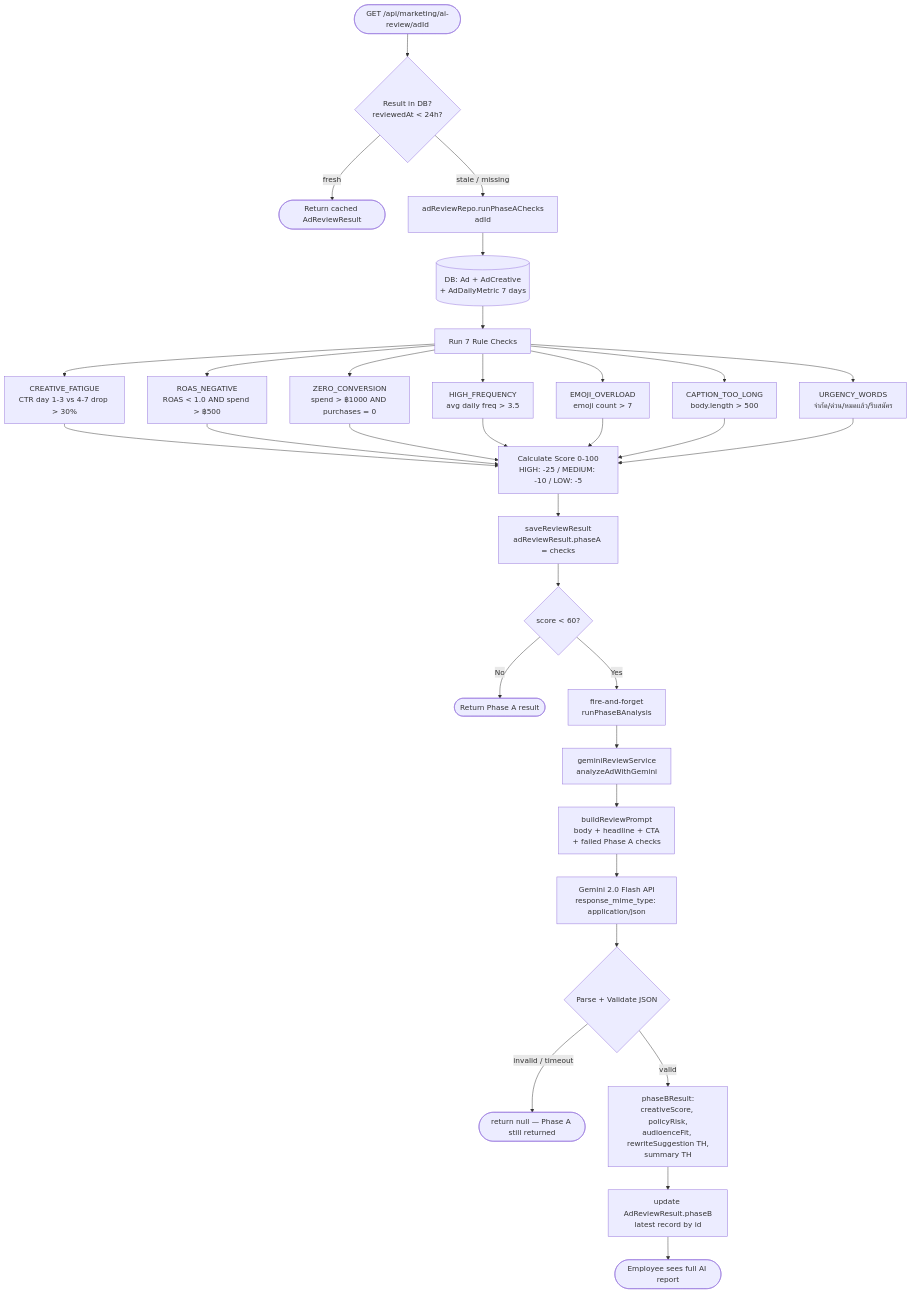
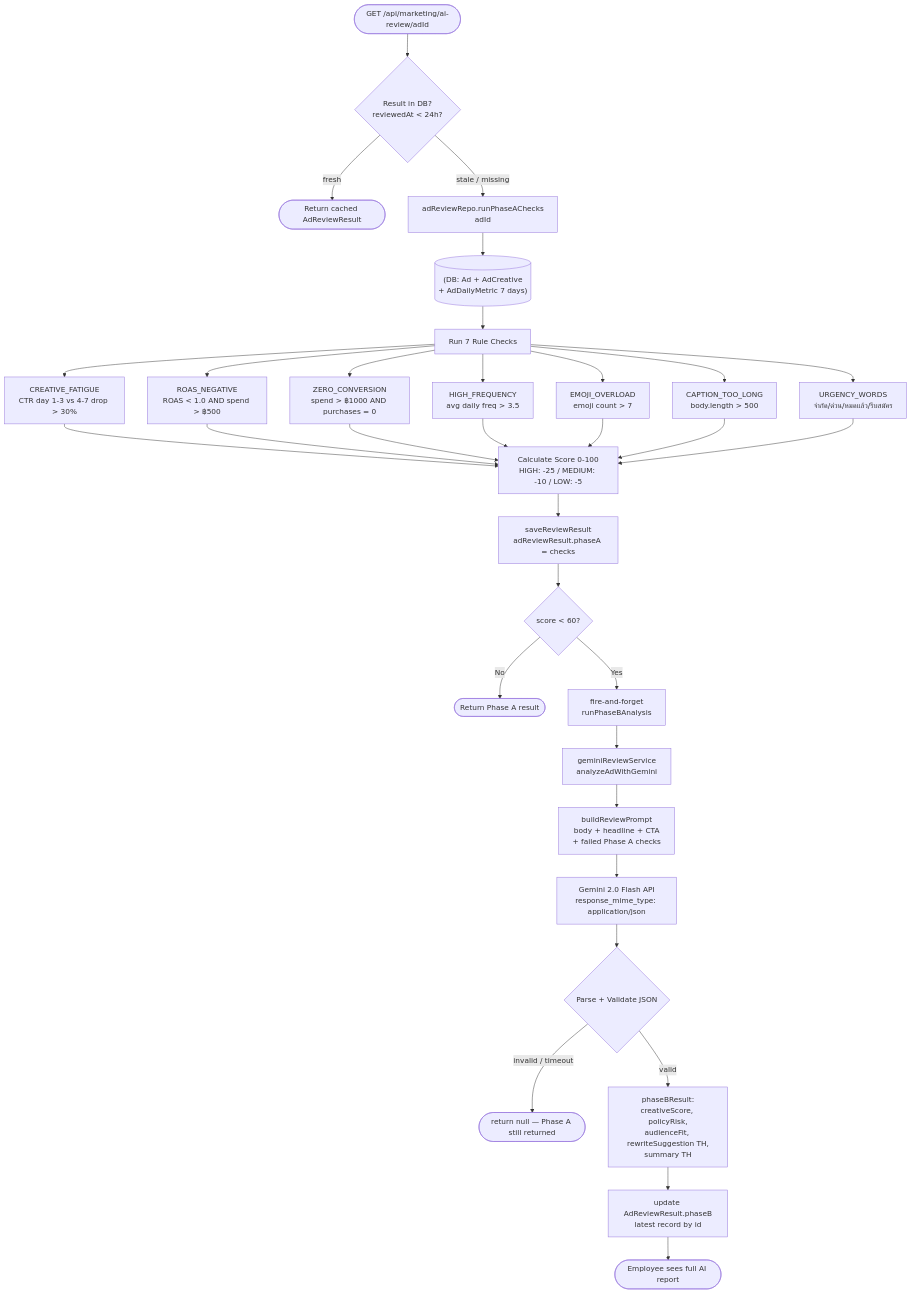
The fourth of 7 diagrams in docs/architecture/domain-flows.md (Freshair129/crmapp), drawn with Mermaid before and after one commit. The commit also changed other lines of this file and 5 other files, not shown here.

````diff
--- a/docs/architecture/domain-flows.md
+++ b/docs/architecture/domain-flows.md
@@ -122,37 +122,37 @@
 ```mermaid
 flowchart TD
-    A([GET /api/marketing/ai-review/adId]) --> B{Result in DB?\nreviewedAt < 24h?}
+    A(["GET /api/marketing/ai-review/adId"]) --> B{Result in DB?<br/>reviewedAt < 24h?}
 
     B -- fresh --> C([Return cached AdReviewResult])
 
-    B -- stale / missing --> D[adReviewRepo.runPhaseAChecks\nadId]
+    B -- stale / missing --> D["adReviewRepo.runPhaseAChecks<br/>adId"]
 
-    D --> E[(DB: Ad + AdCreative\n+ AdDailyMetric 7 days)]
+    D --> E[("(DB: Ad + AdCreative<br/>+ AdDailyMetric 7 days)")]
 
     E --> F[Run 7 Rule Checks]
-    F --> F1[CREATIVE_FATIGUE\nCTR day 1-3 vs 4-7 drop > 30%]
-    F --> F2[ROAS_NEGATIVE\nROAS < 1.0 AND spend > ฿500]
-    F --> F3[ZERO_CONVERSION\nspend > ฿1000 AND purchases = 0]
-    F --> F4[HIGH_FREQUENCY\navg daily freq > 3.5]
-    F --> F5[EMOJI_OVERLOAD\nemoji count > 7]
-    F --> F6[CAPTION_TOO_LONG\nbody.length > 500]
-    F --> F7[URGENCY_WORDS\nจำกัด/ด่วน/หมดแล้ว/รีบสมัคร]
+    F --> F1["CREATIVE_FATIGUE<br/>CTR day 1-3 vs 4-7 drop > 30%"]
+    F --> F2["ROAS_NEGATIVE<br/>ROAS < 1.0 AND spend > ฿500"]
+    F --> F3["ZERO_CONVERSION<br/>spend > ฿1000 AND purchases = 0"]
+    F --> F4["HIGH_FREQUENCY<br/>avg daily freq > 3.5"]
+    F --> F5["EMOJI_OVERLOAD<br/>emoji count > 7"]
+    F --> F6["CAPTION_TOO_LONG<br/>body.length > 500"]
+    F --> F7["URGENCY_WORDS<br/>จำกัด/ด่วน/หมดแล้ว/รีบสมัคร"]
 
-    F1 & F2 & F3 & F4 & F5 & F6 & F7 --> G[Calculate Score 0-100\nHIGH: -25 / MEDIUM: -10 / LOW: -5]
+    F1 & F2 & F3 & F4 & F5 & F6 & F7 --> G["Calculate Score 0-100<br/>HIGH: -25 / MEDIUM: -10 / LOW: -5"]
 
-    G --> H[saveReviewResult\nadReviewResult.phaseA = checks]
+    G --> H["saveReviewResult<br/>adReviewResult.phaseA = checks"]
 
     H --> I{score < 60?}
     I -- No --> J([Return Phase A result])
 
-    I -- Yes --> K[fire-and-forget\nrunPhaseBAnalysis]
+    I -- Yes --> K["fire-and-forget<br/>runPhaseBAnalysis"]
 
-    K --> L[geminiReviewService\nanalyzeAdWithGemini]
-    L --> M[buildReviewPrompt\nbody + headline + CTA\n+ failed Phase A checks]
-    M --> N[Gemini 2.0 Flash API\nresponse_mime_type: application/json]
+    K --> L["geminiReviewService<br/>analyzeAdWithGemini"]
+    L --> M["buildReviewPrompt<br/>body + headline + CTA<br/>+ failed Phase A checks"]
+    M --> N["Gemini 2.0 Flash API<br/>response_mime_type: application/json"]
     N --> O{Parse + Validate JSON}
     O -- invalid / timeout --> P([return null — Phase A still returned])
-    O -- valid --> Q[phaseBResult:\ncreativeScore, policyRisk,\naudioenceFit, rewriteSuggestion TH,\nsummary TH]
-    Q --> R[update AdReviewResult.phaseB\nlatest record by id]
+    O -- valid --> Q["phaseBResult:<br/>creativeScore, policyRisk,<br/>audienceFit, rewriteSuggestion TH,<br/>summary TH"]
+    Q --> R["update AdReviewResult.phaseB<br/>latest record by id"]
     R --> S([Employee sees full AI report])
 ```
````
